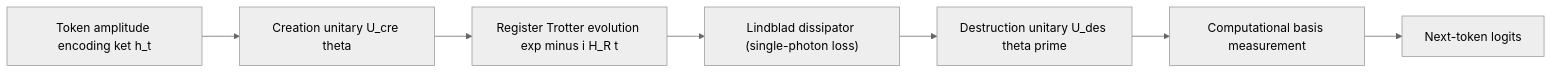
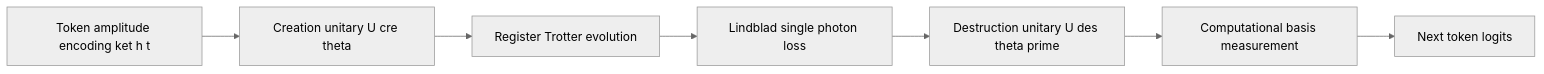
One commit to dimitarpg13/semantic_simulation changed the second of 3 diagrams in docs/quantum_fock-parflm/Turning_the_Fock_Mechanism_into_a_Quantum_Algorithm.md. Above: the diagram before and after it, drawn with Mermaid (neutral theme). The commit also changed other lines of this file, not shown here.

````diff
--- a/docs/quantum_fock-parflm/Turning_the_Fock_Mechanism_into_a_Quantum_Algorithm.md
+++ b/docs/quantum_fock-parflm/Turning_the_Fock_Mechanism_into_a_Quantum_Algorithm.md
@@ -666,17 +666,17 @@
 ```mermaid
 flowchart LR
-    Tok["Token amplitude encoding ket h_t"]
-    Cre["Creation unitary U_cre theta"]
-    Reg["Register Trotter evolution exp minus i H_R t"]
-    Dis["Lindblad dissipator (single-photon loss)"]
-    Des["Destruction unitary U_des theta prime"]
-    Mea["Computational basis measurement"]
-    Logit["Next-token logits"]
+    TokenInput[Token amplitude encoding ket h t]
+    Creation[Creation unitary U cre theta]
+    Evolution[Register Trotter evolution]
+    Dissipation[Lindblad single photon loss]
+    Destruction[Destruction unitary U des theta prime]
+    Measure[Computational basis measurement]
+    Output[Next token logits]
 
-    Tok --> Cre
-    Cre --> Reg
-    Reg --> Dis
-    Dis --> Des
-    Des --> Mea
-    Mea --> Logit
+    TokenInput --> Creation
+    Creation --> Evolution
+    Evolution --> Dissipation
+    Dissipation --> Destruction
+    Destruction --> Measure
+    Measure --> Output
 ```
````
